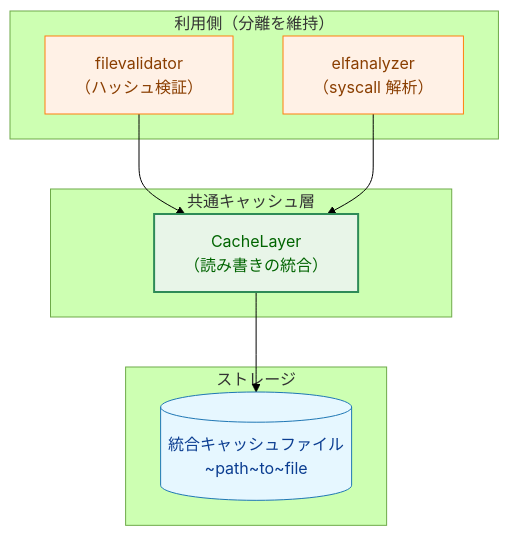
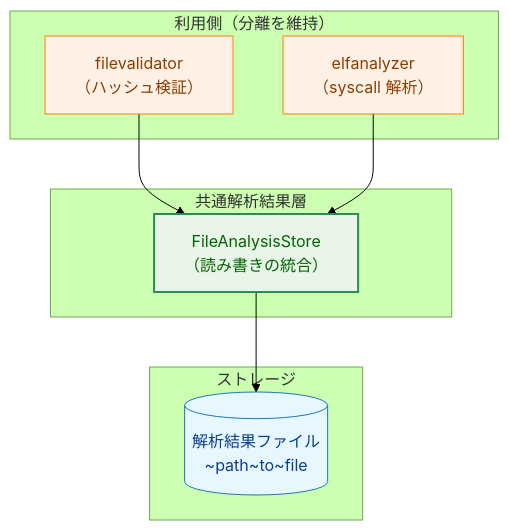
Before and after one commit to isseis/go-safe-cmd-runner: diagram 15 of 18 in docs/tasks/0070_elf_syscall_analysis/02_architecture.md, drawn with Mermaid (forest theme). The commit also changed other lines of this file and 2 other files, not shown here.

First line of the commit message:
docs: rename integrated cache to file-analysis store

````diff
--- a/docs/tasks/0070_elf_syscall_analysis/02_architecture.md
+++ b/docs/tasks/0070_elf_syscall_analysis/02_architecture.md
@@ -579,27 +576,27 @@
 ```mermaid
 flowchart TB
     classDef data fill:#e6f7ff,stroke:#1f77b4,stroke-width:1px,color:#0b3d91
     classDef process fill:#fff1e6,stroke:#ff7f0e,stroke-width:1px,color:#8a3e00
-    classDef cache fill:#e8f5e8,stroke:#2e8b57,stroke-width:2px,color:#006400
+    classDef store fill:#e8f5e8,stroke:#2e8b57,stroke-width:2px,color:#006400
 
     subgraph "利用側（分離を維持）"
         FV["filevalidator<br>（ハッシュ検証）"]
         EA["elfanalyzer<br>（syscall 解析）"]
     end
 
-    subgraph "共通キャッシュ層"
-        CL["CacheLayer<br>（読み書きの統合）"]
+    subgraph "共通解析結果層"
+        CL["FileAnalysisStore<br>（読み書きの統合）"]
     end
 
     subgraph "ストレージ"
-        CF[("統合キャッシュファイル<br>~path~to~file")]
+        CF[("解析結果ファイル<br>~path~to~file")]
     end
 
     FV --> CL
     EA --> CL
     CL --> CF
 
     class FV,EA process
-    class CL cache
+    class CL store
     class CF data
 ```
````
